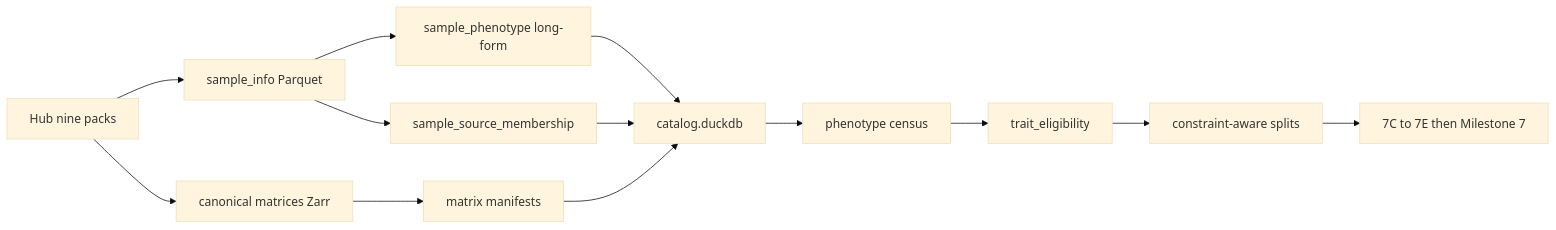
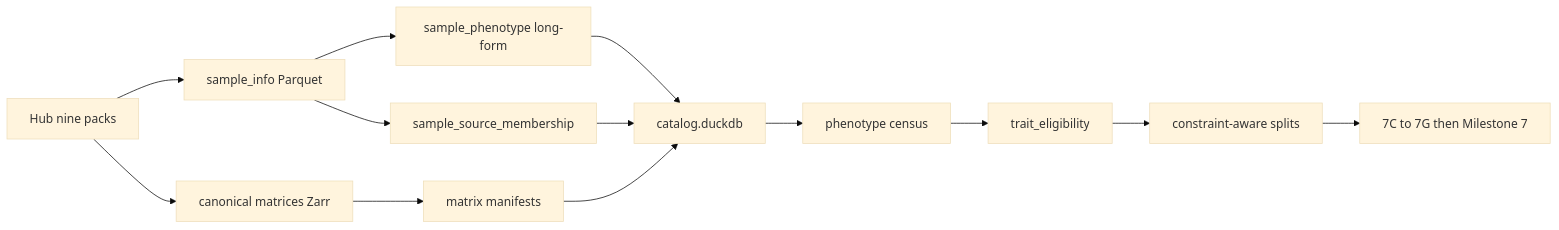
Before and after one commit to mityasmirnov/methyl-burden-score: the first of 2 diagrams in docs/plans/post-v0-scientific-programme.md, drawn with Mermaid (base theme). The commit also changed other lines of this file and 2 other files, not shown here.

````diff
--- a/docs/plans/post-v0-scientific-programme.md
+++ b/docs/plans/post-v0-scientific-programme.md
@@ -210,15 +225,15 @@
 ```mermaid
 flowchart LR
   HubZips["Hub nine packs"] --> Parquet["sample_info Parquet"]
   Parquet --> LongPheno["sample_phenotype long-form"]
   Parquet --> Membership["sample_source_membership"]
   HubZips --> Zarr["canonical matrices Zarr"]
   LongPheno --> DuckDB["catalog.duckdb"]
   Membership --> DuckDB
   Zarr --> Manifests["matrix manifests"]
   Manifests --> DuckDB
   DuckDB --> Census["phenotype census"]
   Census --> Eligibility["trait_eligibility"]
   Eligibility --> Splits["constraint-aware splits"]
-  Splits --> Train["7C to 7E then Milestone 7"]
+  Splits --> Train["7C to 7G then Milestone 7"]
 ```
````
